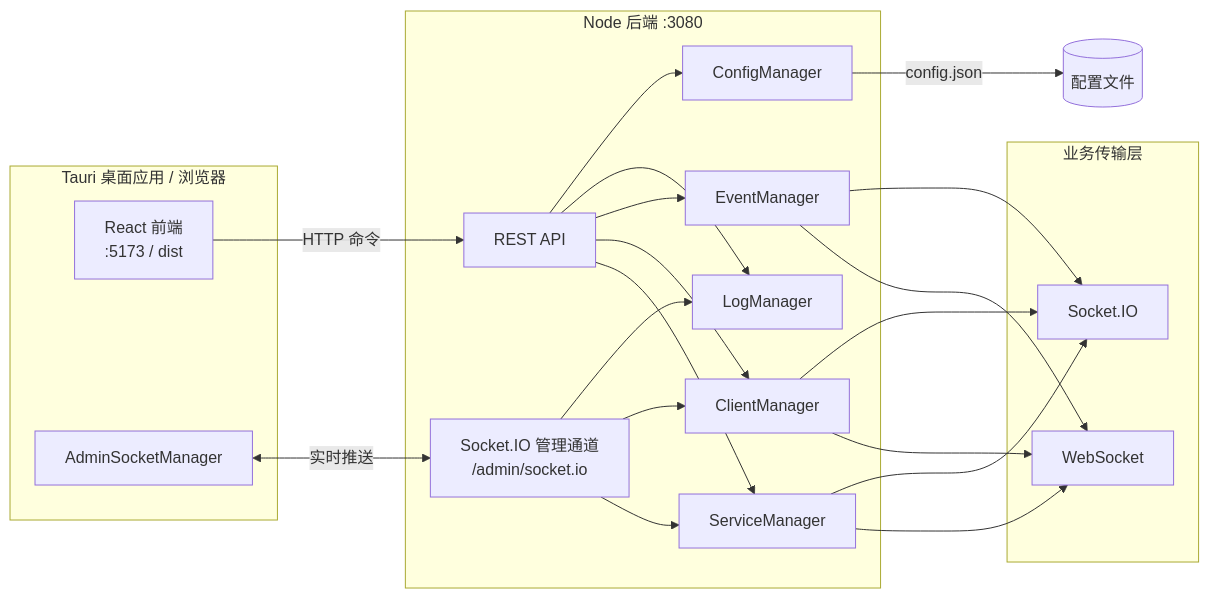
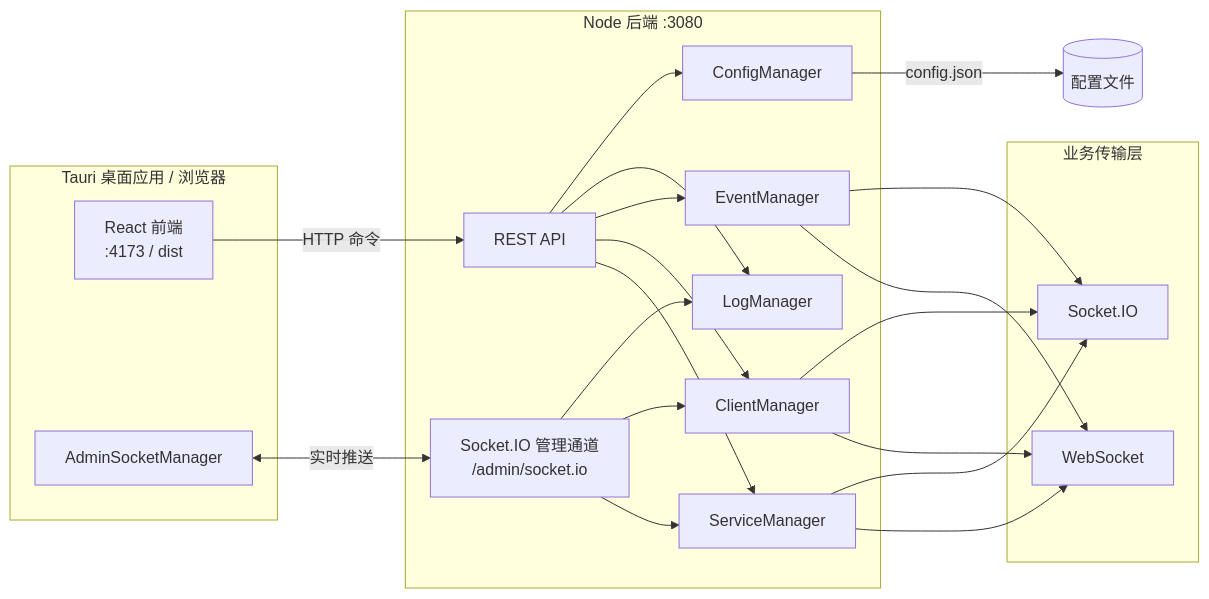
The diagram in README.md (zoumingyin/socket-simulator), drawn with Mermaid before and after one commit. The commit also changed other lines of this file and 3 other files, not shown here.

````diff
--- a/README.md
+++ b/README.md
@@ -34,28 +34,28 @@
 ```mermaid
 flowchart LR
   subgraph Desktop["Tauri 桌面应用 / 浏览器"]
-    UI["React 前端\n:5173 / dist"]
+    UI["React 前端\n:4173 / dist"]
     ASM["AdminSocketManager"]
   end
   subgraph Backend["Node 后端 :3080"]
     API["REST API"]
     AdminIO["Socket.IO 管理通道\n/admin/socket.io"]
     SM["ServiceManager"]
     CM["ClientManager"]
     EM["EventManager"]
     LM["LogManager"]
     CFG["ConfigManager"]
   end
   subgraph Transports["业务传输层"]
     WS["WebSocket"]
     SIO["Socket.IO"]
   end
   UI -->|HTTP 命令| API
   ASM <-->|实时推送| AdminIO
   API --> SM & CM & EM & LM & CFG
   AdminIO --> SM & CM & LM
   SM --> WS & SIO
   CM --> WS & SIO
   EM --> WS & SIO
   CFG -->|config.json| Disk[(配置文件)]
 ```
````
